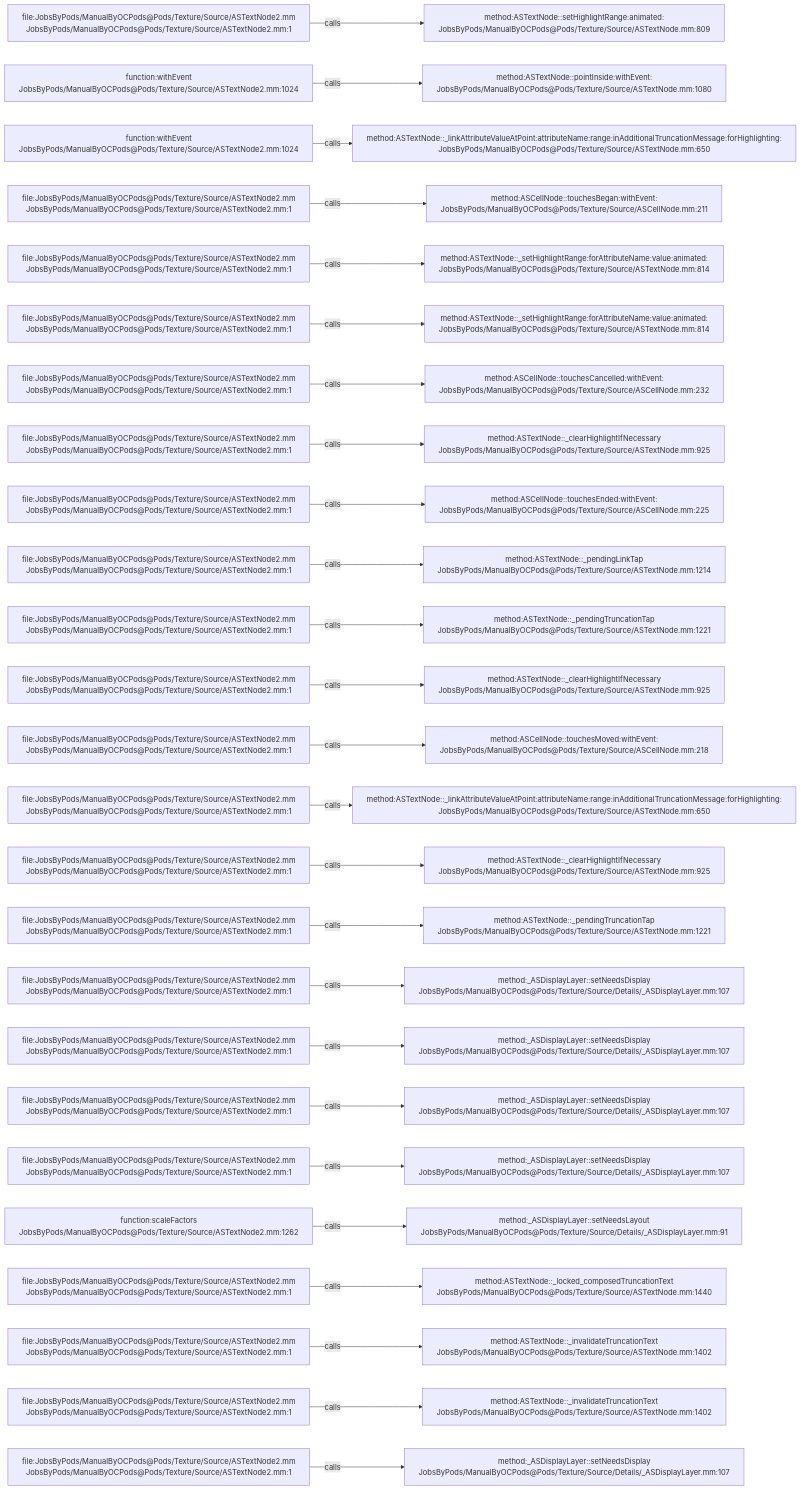
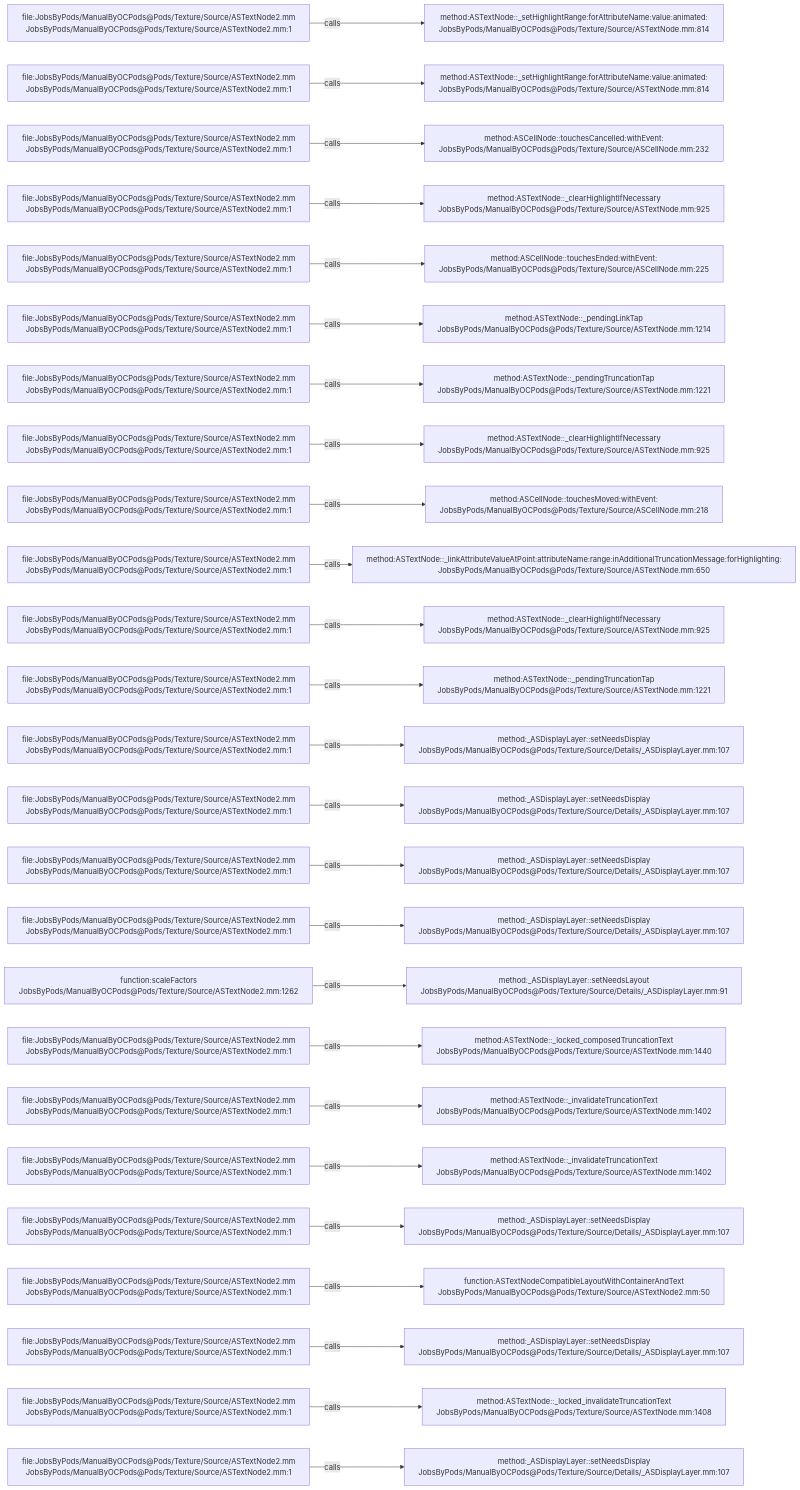
The diagram in .codegraph/codegraph.md/graphs/calls-139.md (JobsKits/JobsOCBaseConfigDemo), drawn with Mermaid before and after one commit. The commit also changed 727 other files, not shown here.

````diff
--- a/.codegraph/codegraph.md/graphs/calls-139.md
+++ b/.codegraph/codegraph.md/graphs/calls-139.md
@@ -13,78 +13,78 @@
 ```mermaid
 flowchart LR
   S1["file:JobsByPods/ManualByOCPods@Pods/Texture/Source/ASTextNode2.mm<br/>JobsByPods/ManualByOCPods@Pods/Texture/Source/ASTextNode2.mm:1"]
-  T1["method:ASTextNode::setHighlightRange:animated:<br/>JobsByPods/ManualByOCPods@Pods/Texture/Source/ASTextNode.mm:809"]
+  T1["method:ASTextNode::_setHighlightRange:forAttributeName:value:animated:<br/>JobsByPods/ManualByOCPods@Pods/Texture/Source/ASTextNode.mm:814"]
   S1 -->|calls| T1
-  S2["function:withEvent<br/>JobsByPods/ManualByOCPods@Pods/Texture/Source/ASTextNode2.mm:1024"]
-  T2["method:ASTextNode::pointInside:withEvent:<br/>JobsByPods/ManualByOCPods@Pods/Texture/Source/ASTextNode.mm:1080"]
+  S2["file:JobsByPods/ManualByOCPods@Pods/Texture/Source/ASTextNode2.mm<br/>JobsByPods/ManualByOCPods@Pods/Texture/Source/ASTextNode2.mm:1"]
+  T2["method:ASTextNode::_setHighlightRange:forAttributeName:value:animated:<br/>JobsByPods/ManualByOCPods@Pods/Texture/Source/ASTextNode.mm:814"]
   S2 -->|calls| T2
-  S3["function:withEvent<br/>JobsByPods/ManualByOCPods@Pods/Texture/Source/ASTextNode2.mm:1024"]
-  T3["method:ASTextNode::_linkAttributeValueAtPoint:attributeName:range:inAdditionalTruncationMessage:forHighlighting:<br/>JobsByPods/ManualByOCPods@Pods/Texture/Source/ASTextNode.mm:650"]
+  S3["file:JobsByPods/ManualByOCPods@Pods/Texture/Source/ASTextNode2.mm<br/>JobsByPods/ManualByOCPods@Pods/Texture/Source/ASTextNode2.mm:1"]
+  T3["method:ASCellNode::touchesCancelled:withEvent:<br/>JobsByPods/ManualByOCPods@Pods/Texture/Source/ASCellNode.mm:232"]
   S3 -->|calls| T3
   S4["file:JobsByPods/ManualByOCPods@Pods/Texture/Source/ASTextNode2.mm<br/>JobsByPods/ManualByOCPods@Pods/Texture/Source/ASTextNode2.mm:1"]
-  T4["method:ASCellNode::touchesBegan:withEvent:<br/>JobsByPods/ManualByOCPods@Pods/Texture/Source/ASCellNode.mm:211"]
+  T4["method:ASTextNode::_clearHighlightIfNecessary<br/>JobsByPods/ManualByOCPods@Pods/Texture/Source/ASTextNode.mm:925"]
   S4 -->|calls| T4
   S5["file:JobsByPods/ManualByOCPods@Pods/Texture/Source/ASTextNode2.mm<br/>JobsByPods/ManualByOCPods@Pods/Texture/Source/ASTextNode2.mm:1"]
-  T5["method:ASTextNode::_setHighlightRange:forAttributeName:value:animated:<br/>JobsByPods/ManualByOCPods@Pods/Texture/Source/ASTextNode.mm:814"]
+  T5["method:ASCellNode::touchesEnded:withEvent:<br/>JobsByPods/ManualByOCPods@Pods/Texture/Source/ASCellNode.mm:225"]
   S5 -->|calls| T5
   S6["file:JobsByPods/ManualByOCPods@Pods/Texture/Source/ASTextNode2.mm<br/>JobsByPods/ManualByOCPods@Pods/Texture/Source/ASTextNode2.mm:1"]
-  T6["method:ASTextNode::_setHighlightRange:forAttributeName:value:animated:<br/>JobsByPods/ManualByOCPods@Pods/Texture/Source/ASTextNode.mm:814"]
+  T6["method:ASTextNode::_pendingLinkTap<br/>JobsByPods/ManualByOCPods@Pods/Texture/Source/ASTextNode.mm:1214"]
   S6 -->|calls| T6
   S7["file:JobsByPods/ManualByOCPods@Pods/Texture/Source/ASTextNode2.mm<br/>JobsByPods/ManualByOCPods@Pods/Texture/Source/ASTextNode2.mm:1"]
-  T7["method:ASCellNode::touchesCancelled:withEvent:<br/>JobsByPods/ManualByOCPods@Pods/Texture/Source/ASCellNode.mm:232"]
+  T7["method:ASTextNode::_pendingTruncationTap<br/>JobsByPods/ManualByOCPods@Pods/Texture/Source/ASTextNode.mm:1221"]
   S7 -->|calls| T7
   S8["file:JobsByPods/ManualByOCPods@Pods/Texture/Source/ASTextNode2.mm<br/>JobsByPods/ManualByOCPods@Pods/Texture/Source/ASTextNode2.mm:1"]
   T8["method:ASTextNode::_clearHighlightIfNecessary<br/>JobsByPods/ManualByOCPods@Pods/Texture/Source/ASTextNode.mm:925"]
   S8 -->|calls| T8
   S9["file:JobsByPods/ManualByOCPods@Pods/Texture/Source/ASTextNode2.mm<br/>JobsByPods/ManualByOCPods@Pods/Texture/Source/ASTextNode2.mm:1"]
-  T9["method:ASCellNode::touchesEnded:withEvent:<br/>JobsByPods/ManualByOCPods@Pods/Texture/Source/ASCellNode.mm:225"]
+  T9["method:ASCellNode::touchesMoved:withEvent:<br/>JobsByPods/ManualByOCPods@Pods/Texture/Source/ASCellNode.mm:218"]
   S9 -->|calls| T9
   S10["file:JobsByPods/ManualByOCPods@Pods/Texture/Source/ASTextNode2.mm<br/>JobsByPods/ManualByOCPods@Pods/Texture/Source/ASTextNode2.mm:1"]
-  T10["method:ASTextNode::_pendingLinkTap<br/>JobsByPods/ManualByOCPods@Pods/Texture/Source/ASTextNode.mm:1214"]
+  T10["method:ASTextNode::_linkAttributeValueAtPoint:attributeName:range:inAdditionalTruncationMessage:forHighlighting:<br/>JobsByPods/ManualByOCPods@Pods/Texture/Source/ASTextNode.mm:650"]
   S10 -->|calls| T10
   S11["file:JobsByPods/ManualByOCPods@Pods/Texture/Source/ASTextNode2.mm<br/>JobsByPods/ManualByOCPods@Pods/Texture/Source/ASTextNode2.mm:1"]
-  T11["method:ASTextNode::_pendingTruncationTap<br/>JobsByPods/ManualByOCPods@Pods/Texture/Source/ASTextNode.mm:1221"]
+  T11["method:ASTextNode::_clearHighlightIfNecessary<br/>JobsByPods/ManualByOCPods@Pods/Texture/Source/ASTextNode.mm:925"]
   S11 -->|calls| T11
   S12["file:JobsByPods/ManualByOCPods@Pods/Texture/Source/ASTextNode2.mm<br/>JobsByPods/ManualByOCPods@Pods/Texture/Source/ASTextNode2.mm:1"]
-  T12["method:ASTextNode::_clearHighlightIfNecessary<br/>JobsByPods/ManualByOCPods@Pods/Texture/Source/ASTextNode.mm:925"]
+  T12["method:ASTextNode::_pendingTruncationTap<br/>JobsByPods/ManualByOCPods@Pods/Texture/Source/ASTextNode.mm:1221"]
   S12 -->|calls| T12
   S13["file:JobsByPods/ManualByOCPods@Pods/Texture/Source/ASTextNode2.mm<br/>JobsByPods/ManualByOCPods@Pods/Texture/Source/ASTextNode2.mm:1"]
-  T13["method:ASCellNode::touchesMoved:withEvent:<br/>JobsByPods/ManualByOCPods@Pods/Texture/Source/ASCellNode.mm:218"]
+  T13["method:_ASDisplayLayer::setNeedsDisplay<br/>JobsByPods/ManualByOCPods@Pods/Texture/Source/Details/_ASDisplayLayer.mm:107"]
   S13 -->|calls| T13
   S14["file:JobsByPods/ManualByOCPods@Pods/Texture/Source/ASTextNode2.mm<br/>JobsByPods/ManualByOCPods@Pods/Texture/Source/ASTextNode2.mm:1"]
-  T14["method:ASTextNode::_linkAttributeValueAtPoint:attributeName:range:inAdditionalTruncationMessage:forHighlighting:<br/>JobsByPods/ManualByOCPods@Pods/Texture/Source/ASTextNode.mm:650"]
+  T14["method:_ASDisplayLayer::setNeedsDisplay<br/>JobsByPods/ManualByOCPods@Pods/Texture/Source/Details/_ASDisplayLayer.mm:107"]
   S14 -->|calls| T14
   S15["file:JobsByPods/ManualByOCPods@Pods/Texture/Source/ASTextNode2.mm<br/>JobsByPods/ManualByOCPods@Pods/Texture/Source/ASTextNode2.mm:1"]
-  T15["method:ASTextNode::_clearHighlightIfNecessary<br/>JobsByPods/ManualByOCPods@Pods/Texture/Source/ASTextNode.mm:925"]
+  T15["method:_ASDisplayLayer::setNeedsDisplay<br/>JobsByPods/ManualByOCPods@Pods/Texture/Source/Details/_ASDisplayLayer.mm:107"]
   S15 -->|calls| T15
   S16["file:JobsByPods/ManualByOCPods@Pods/Texture/Source/ASTextNode2.mm<br/>JobsByPods/ManualByOCPods@Pods/Texture/Source/ASTextNode2.mm:1"]
-  T16["method:ASTextNode::_pendingTruncationTap<br/>JobsByPods/ManualByOCPods@Pods/Texture/Source/ASTextNode.mm:1221"]
+  T16["method:_ASDisplayLayer::setNeedsDisplay<br/>JobsByPods/ManualByOCPods@Pods/Texture/Source/Details/_ASDisplayLayer.mm:107"]
   S16 -->|calls| T16
-  S17["file:JobsByPods/ManualByOCPods@Pods/Texture/Source/ASTextNode2.mm<br/>JobsByPods/ManualByOCPods@Pods/Texture/Source/ASTextNode2.mm:1"]
-  T17["method:_ASDisplayLayer::setNeedsDisplay<br/>JobsByPods/ManualByOCPods@Pods/Texture/Source/Details/_ASDisplayLayer.mm:107"]
+  S17["function:scaleFactors<br/>JobsByPods/ManualByOCPods@Pods/Texture/Source/ASTextNode2.mm:1262"]
+  T17["method:_ASDisplayLayer::setNeedsLayout<br/>JobsByPods/ManualByOCPods@Pods/Texture/Source/Details/_ASDisplayLayer.mm:91"]
   S17 -->|calls| T17
   S18["file:JobsByPods/ManualByOCPods@Pods/Texture/Source/ASTextNode2.mm<br/>JobsByPods/ManualByOCPods@Pods/Texture/Source/ASTextNode2.mm:1"]
-  T18["method:_ASDisplayLayer::setNeedsDisplay<br/>JobsByPods/ManualByOCPods@Pods/Texture/Source/Details/_ASDisplayLayer.mm:107"]
+  T18["method:ASTextNode::_locked_composedTruncationText<br/>JobsByPods/ManualByOCPods@Pods/Texture/Source/ASTextNode.mm:1440"]
   S18 -->|calls| T18
   S19["file:JobsByPods/ManualByOCPods@Pods/Texture/Source/ASTextNode2.mm<br/>JobsByPods/ManualByOCPods@Pods/Texture/Source/ASTextNode2.mm:1"]
-  T19["method:_ASDisplayLayer::setNeedsDisplay<br/>JobsByPods/ManualByOCPods@Pods/Texture/Source/Details/_ASDisplayLayer.mm:107"]
+  T19["method:ASTextNode::_invalidateTruncationText<br/>JobsByPods/ManualByOCPods@Pods/Texture/Source/ASTextNode.mm:1402"]
   S19 -->|calls| T19
   S20["file:JobsByPods/ManualByOCPods@Pods/Texture/Source/ASTextNode2.mm<br/>JobsByPods/ManualByOCPods@Pods/Texture/Source/ASTextNode2.mm:1"]
-  T20["method:_ASDisplayLayer::setNeedsDisplay<br/>JobsByPods/ManualByOCPods@Pods/Texture/Source/Details/_ASDisplayLayer.mm:107"]
+  T20["method:ASTextNode::_invalidateTruncationText<br/>JobsByPods/ManualByOCPods@Pods/Texture/Source/ASTextNode.mm:1402"]
   S20 -->|calls| T20
-  S21["function:scaleFactors<br/>JobsByPods/ManualByOCPods@Pods/Texture/Source/ASTextNode2.mm:1262"]
-  T21["method:_ASDisplayLayer::setNeedsLayout<br/>JobsByPods/ManualByOCPods@Pods/Texture/Source/Details/_ASDisplayLayer.mm:91"]
+  S21["file:JobsByPods/ManualByOCPods@Pods/Texture/Source/ASTextNode2.mm<br/>JobsByPods/ManualByOCPods@Pods/Texture/Source/ASTextNode2.mm:1"]
+  T21["method:_ASDisplayLayer::setNeedsDisplay<br/>JobsByPods/ManualByOCPods@Pods/Texture/Source/Details/_ASDisplayLayer.mm:107"]
   S21 -->|calls| T21
   S22["file:JobsByPods/ManualByOCPods@Pods/Texture/Source/ASTextNode2.mm<br/>JobsByPods/ManualByOCPods@Pods/Texture/Source/ASTextNode2.mm:1"]
-  T22["method:ASTextNode::_locked_composedTruncationText<br/>JobsByPods/ManualByOCPods@Pods/Texture/Source/ASTextNode.mm:1440"]
+  T22["function:ASTextNodeCompatibleLayoutWithContainerAndText<br/>JobsByPods/ManualByOCPods@Pods/Texture/Source/ASTextNode2.mm:50"]
   S22 -->|calls| T22
   S23["file:JobsByPods/ManualByOCPods@Pods/Texture/Source/ASTextNode2.mm<br/>JobsByPods/ManualByOCPods@Pods/Texture/Source/ASTextNode2.mm:1"]
-  T23["method:ASTextNode::_invalidateTruncationText<br/>JobsByPods/ManualByOCPods@Pods/Texture/Source/ASTextNode.mm:1402"]
+  T23["method:_ASDisplayLayer::setNeedsDisplay<br/>JobsByPods/ManualByOCPods@Pods/Texture/Source/Details/_ASDisplayLayer.mm:107"]
   S23 -->|calls| T23
   S24["file:JobsByPods/ManualByOCPods@Pods/Texture/Source/ASTextNode2.mm<br/>JobsByPods/ManualByOCPods@Pods/Texture/Source/ASTextNode2.mm:1"]
-  T24["method:ASTextNode::_invalidateTruncationText<br/>JobsByPods/ManualByOCPods@Pods/Texture/Source/ASTextNode.mm:1402"]
+  T24["method:ASTextNode::_locked_invalidateTruncationText<br/>JobsByPods/ManualByOCPods@Pods/Texture/Source/ASTextNode.mm:1408"]
   S24 -->|calls| T24
   S25["file:JobsByPods/ManualByOCPods@Pods/Texture/Source/ASTextNode2.mm<br/>JobsByPods/ManualByOCPods@Pods/Texture/Source/ASTextNode2.mm:1"]
   T25["method:_ASDisplayLayer::setNeedsDisplay<br/>JobsByPods/ManualByOCPods@Pods/Texture/Source/Details/_ASDisplayLayer.mm:107"]
   S25 -->|calls| T25
 ```
````
